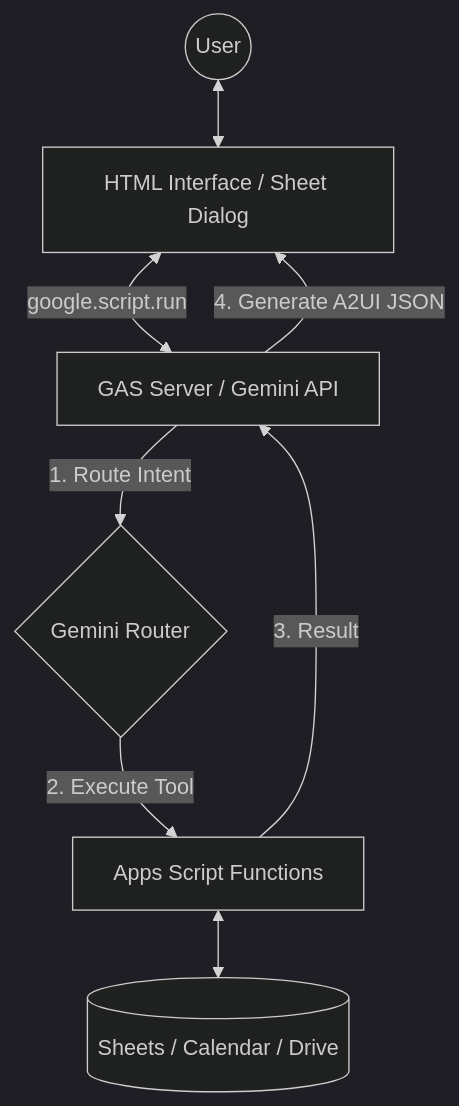
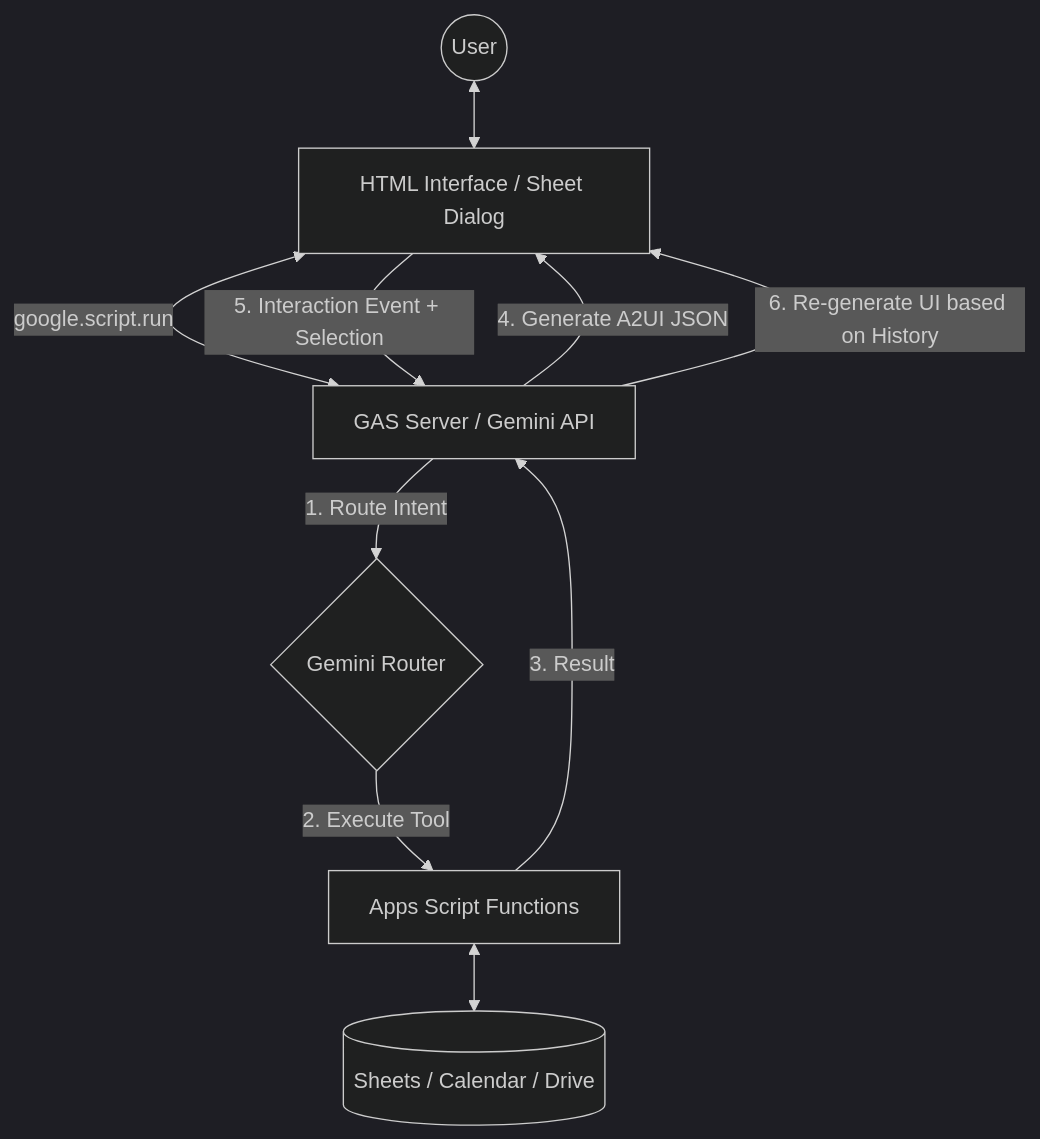
Before and after one commit to tanaikech/A2UI-for-Google-Apps-Script: the diagram in README.md, drawn with Mermaid (dark theme). The commit also changed other lines of this file and 3 other files, not shown here.

````diff
--- a/README.md
+++ b/README.md
@@ -37,10 +37,12 @@
 ```mermaid
 graph TD
     User((User)) <--> Client[HTML Interface / Sheet Dialog]
     Client <-- google.script.run --> Agent[GAS Server / Gemini API]
     Agent -- 1. Route Intent --> Router{Gemini Router}
     Router -- 2. Execute Tool --> Tools[Apps Script Functions]
     Tools <--> Data[(Sheets / Calendar / Drive)]
     Tools -- 3. Result --> Agent
     Agent -- 4. Generate A2UI JSON --> Client
+    Client -- 5. Interaction Event + Selection --> Agent
+    Agent -- 6. Re-generate UI based on History --> Client
 ```
````
